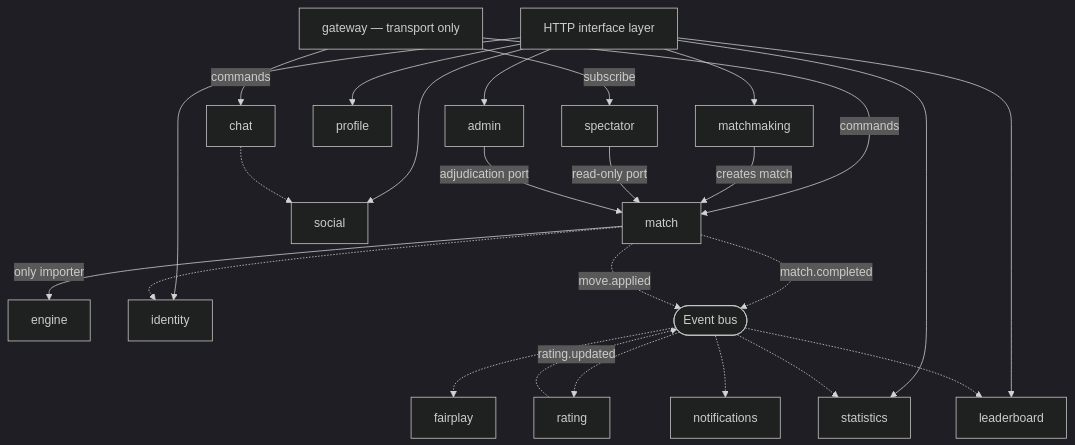
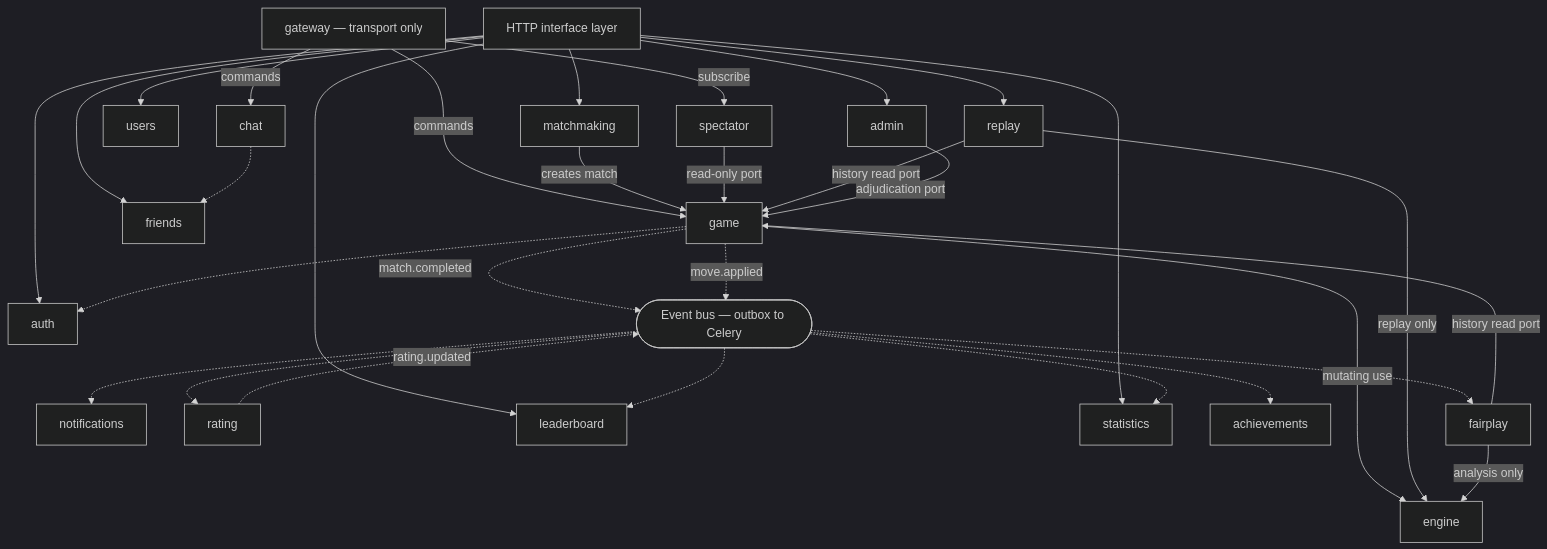
One commit to shohruh-yuldashov/arena64 changed the fourth of 8 diagrams in docs/01-architecture/architecture.md. Above: the diagram before and after it, drawn with Mermaid (dark theme). The commit also changed other lines of this file and 3 other files, not shown here.

````diff
--- a/docs/01-architecture/architecture.md
+++ b/docs/01-architecture/architecture.md
@@ -321,49 +335,57 @@
 ```mermaid
 flowchart TB
     GW["gateway — transport only"]
     HTTP["HTTP interface layer"]
 
-    MATCH["match"]
+    GAME["game"]
     ENGINE["engine"]
     MM["matchmaking"]
     SPEC["spectator"]
-    IDENT["identity"]
-    PROF["profile"]
-    SOCIAL["social"]
+    AUTH["auth"]
+    USERS["users"]
+    FRIENDS["friends"]
     CHAT["chat"]
     NOTIF["notifications"]
     RATE["rating"]
     LEAD["leaderboard"]
     STAT["statistics"]
+    ACH["achievements"]
+    REP["replay"]
     FAIR["fairplay"]
     ADMIN["admin"]
-    BUS(["Event bus"])
+    BUS(["Event bus — outbox to Celery"])
 
-    GW -->|"commands"| MATCH
+    GW -->|"commands"| GAME
     GW -->|"commands"| CHAT
     GW -->|"subscribe"| SPEC
     HTTP --> MM
-    HTTP --> IDENT
-    HTTP --> PROF
-    HTTP --> SOCIAL
+    HTTP --> AUTH
+    HTTP --> USERS
+    HTTP --> FRIENDS
     HTTP --> LEAD
     HTTP --> STAT
+    HTTP --> REP
     HTTP --> ADMIN
 
-    MATCH -->|"only importer"| ENGINE
-    MM -->|"creates match"| MATCH
-    SPEC -->|"read-only port"| MATCH
-    ADMIN -->|"adjudication port"| MATCH
+    GAME -->|"mutating use"| ENGINE
+    REP -->|"replay only"| ENGINE
+    FAIR -->|"analysis only"| ENGINE
+    MM -->|"creates match"| GAME
+    SPEC -->|"read-only port"| GAME
+    REP -->|"history read port"| GAME
+    FAIR -->|"history read port"| GAME
+    ADMIN -->|"adjudication port"| GAME
 
-    MATCH -.->|"match.completed"| BUS
-    MATCH -.->|"move.applied"| BUS
+    GAME -.->|"match.completed"| BUS
+    GAME -.->|"move.applied"| BUS
     BUS -.-> RATE
     BUS -.-> STAT
+    BUS -.-> ACH
     BUS -.-> FAIR
     BUS -.-> NOTIF
     RATE -.->|"rating.updated"| BUS
     BUS -.-> LEAD
 
-    MATCH -.-> IDENT
-    CHAT -.-> SOCIAL
+    GAME -.-> AUTH
+    CHAT -.-> FRIENDS
 ```
````
